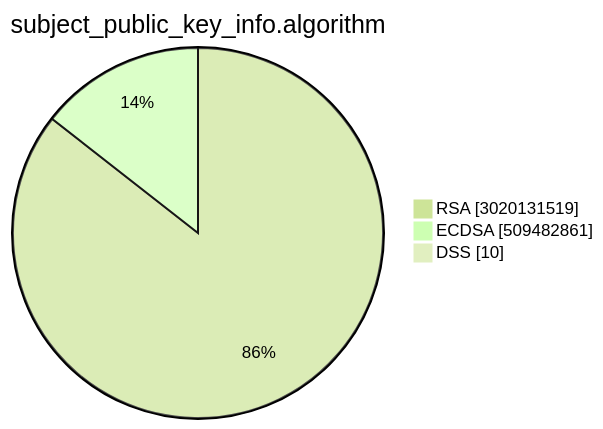
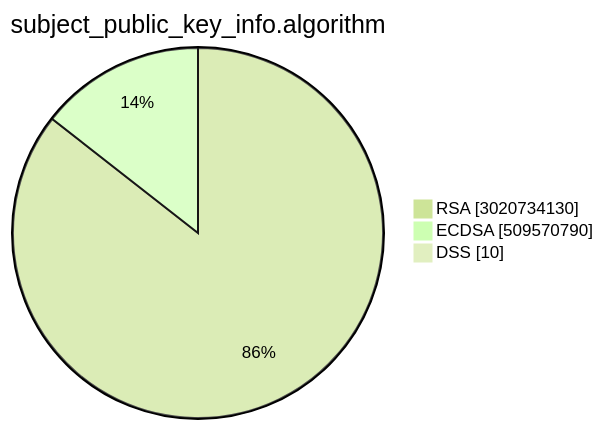
The second of 15 diagrams in TOTAL/README.md (christiankrug/ctmonitor_visualization), drawn with Mermaid (forest theme) before and after one commit. The commit also changed other lines of this file, not shown here.

````diff
--- a/TOTAL/README.md
+++ b/TOTAL/README.md
@@ -6,7 +6,7 @@
 ```mermaid
 pie showData
 title subject_public_key_info.algorithm
-"RSA" :3020131519
-"ECDSA" :509482861
+"RSA" :3020734130
+"ECDSA" :509570790
 "DSS" :10
 ```
````
